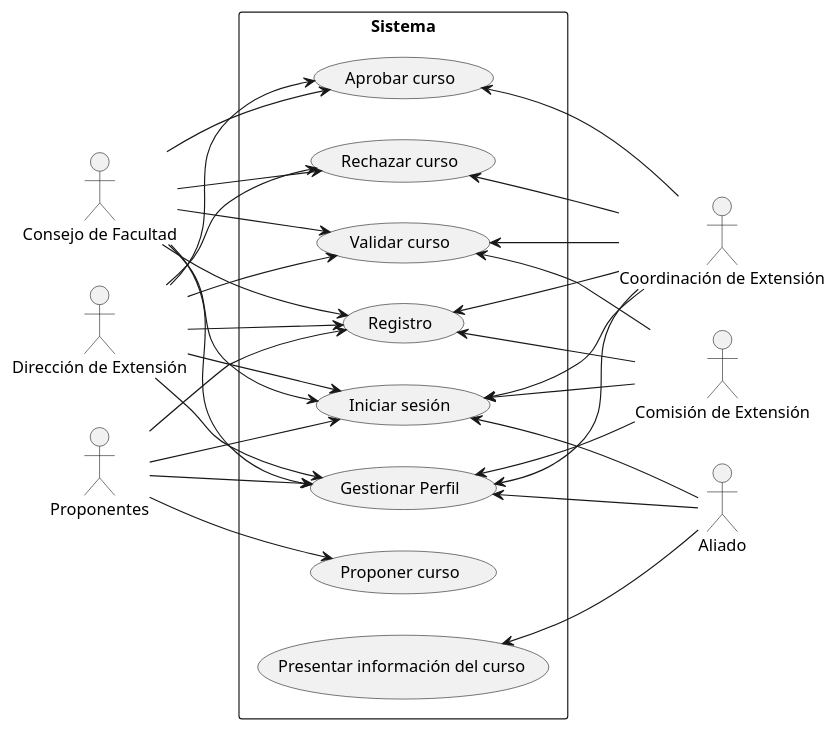
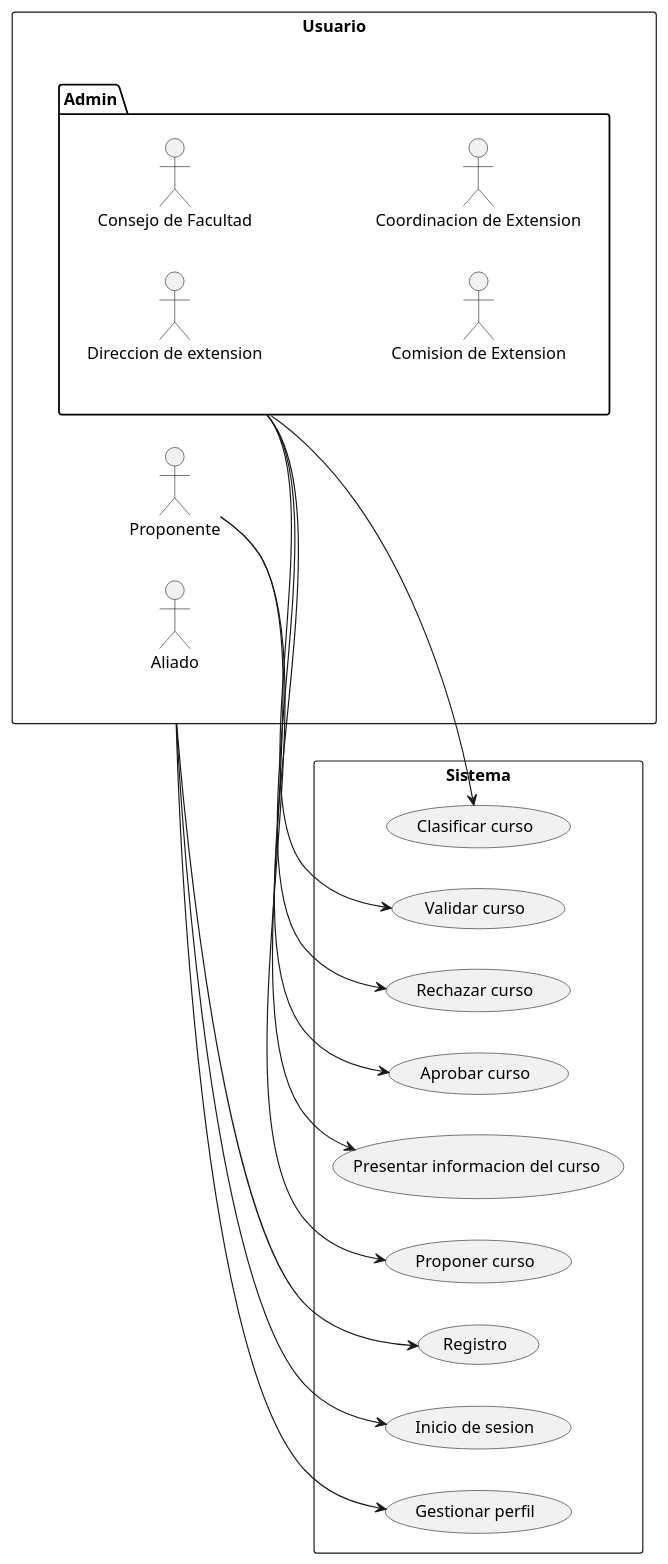
One commit to Angel-loop/proyecto-ingenieria- changed the diagram in docs/scenariosViews/diagramaCasosDeUso.plantuml. Above: the diagram before and after it, drawn with PlantUML.

```diff
--- a/docs/scenariosViews/diagramaCasosDeUso.plantuml
+++ b/docs/scenariosViews/diagramaCasosDeUso.plantuml
@@ -1,49 +1,43 @@
 @startuml
-left to right direction
-actor "Proponentes" as P
-actor "Coordinación de Extensión" as CE
-actor "Dirección de Extensión" as DE
-actor "Aliado" as A
-actor "Comisión de Extensión" as CME
-actor "Consejo de Facultad" as CF
-rectangle Sistema{
-usecase "Iniciar sesión" as UC1
-usecase "Registro" as UC2
-usecase "Proponer curso" as UC3
-usecase "Validar curso" as UC4
-usecase "Aprobar curso" as UC5
-usecase "Presentar información del curso" as UC6
-usecase "Rechazar curso" as UC7
-usecase "Gestionar Perfil" as UC8
-P --> UC1
-P --> UC2
-P --> UC3
-DE --> UC1
-UC1 <-- CE
-UC4 <-- CE
-DE --> UC4
-UC5 <-- CE
-DE --> UC5
-UC6 <-- A
-UC1 <-- A
-UC1 <-- CME
-CF --> UC1
-UC2 <-- CME
-CF --> UC2
-DE --> UC2
-UC2 <-- CE
-UC4 <-- CME
-CF --> UC4
-CF --> UC5
-UC7 <-- CE
-DE --> UC7
-CF --> UC7
-CF --> UC8
-DE --> UC8
-UC8 <-- CE
-UC8 <-- A
-P --> UC8
-UC8 <-- CME
+left to right direction 
+
+
+
+rectangle Usuario{
+actor Proponente as p
+actor Aliado as a
+package "Admin"{
+actor "Direccion de extension" as de
+actor "Consejo de Facultad" as cf
+actor "Comision de Extension" as ce
+actor "Coordinacion de Extension" as co
+}
 }
 
+rectangle Sistema{
+usecase Registro as UC1
+usecase "Inicio de sesion" as UC2
+usecase "Gestionar perfil" as UC3
+usecase "Proponer curso" as UC4
+usecase "Presentar informacion del curso" as UC5
+usecase "Validar curso" as UC6
+usecase "Rechazar curso" as UC7
+usecase "Aprobar curso" as UC8
+usecase "Clasificar curso" as UC9
+
+}
+
+Usuario --> UC1
+Usuario --> UC2
+Usuario --> UC3
+p --> UC4
+p --> UC5
+Admin --> UC6
+Admin --> UC7
+Admin --> UC8
+Admin --> UC9
+
+
+
+
 @enduml
```
